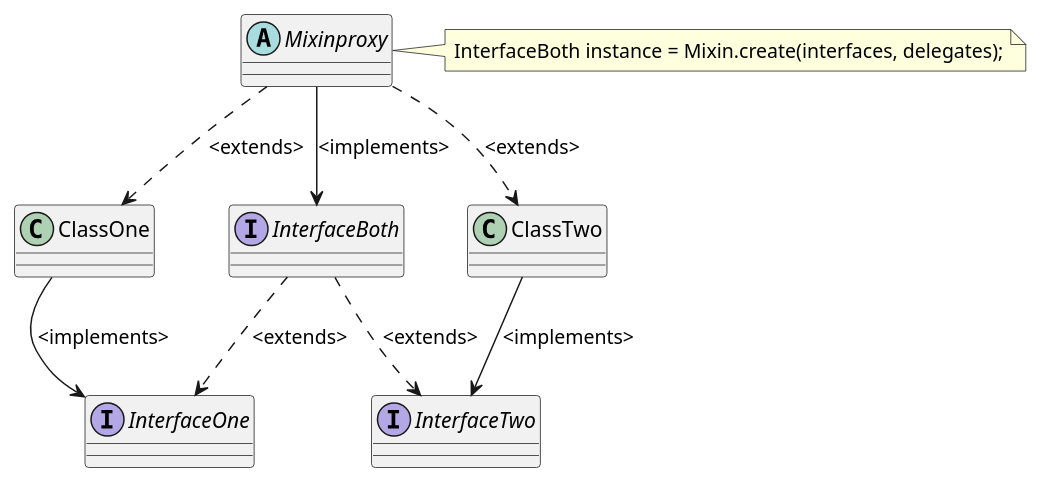
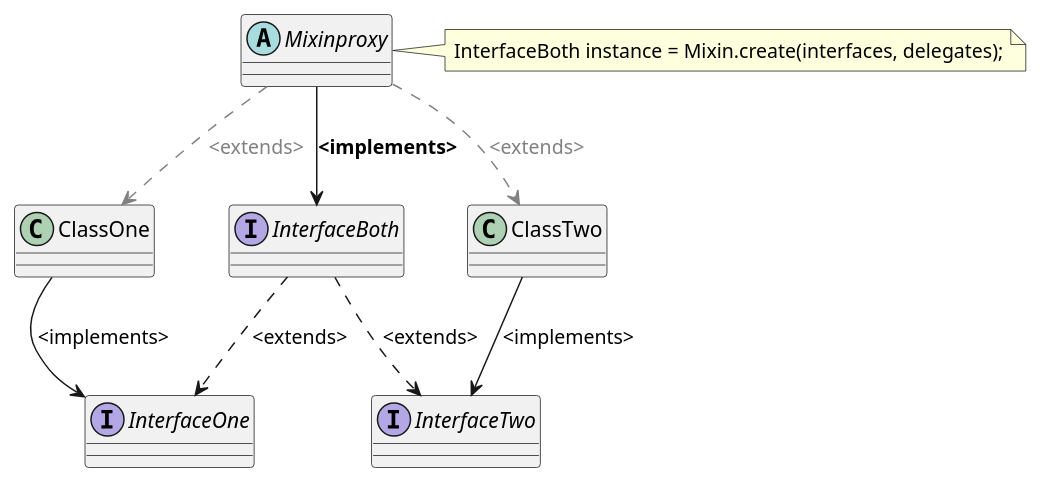
One commit to SimonGrad/JavaMixins changed the diagram in uml.puml. Above: the diagram before and after it, drawn with PlantUML. The commit also changed 3 other files, not shown here.

Commit message:
Extended diagram

```diff
--- a/uml.puml
+++ b/uml.puml
@@ -1,18 +1,18 @@
 @startuml
 ' http://plantuml.com/classes.html
 abstract class Mixinproxy
 interface InterfaceOne
 interface InterfaceTwo
 interface InterfaceBoth
 
 ClassOne --> InterfaceOne : <implements>
 ClassTwo --> InterfaceTwo : <implements>
 InterfaceBoth ..> InterfaceOne : <extends>
 InterfaceBoth ..> InterfaceTwo : <extends>
-Mixinproxy --> InterfaceBoth : <implements>
-Mixinproxy ..> ClassOne : <extends>
-Mixinproxy ..> ClassTwo : <extends>
+Mixinproxy --> InterfaceBoth : <b><implements></b>
+Mixinproxy ..[#gray]> ClassOne : <font color=gray><extends></font>
+Mixinproxy ..[#gray]> ClassTwo : <font color=gray><extends></font>
 
 note right of Mixinproxy : InterfaceBoth instance = Mixin.create(interfaces, delegates);
 
 @enduml
```
